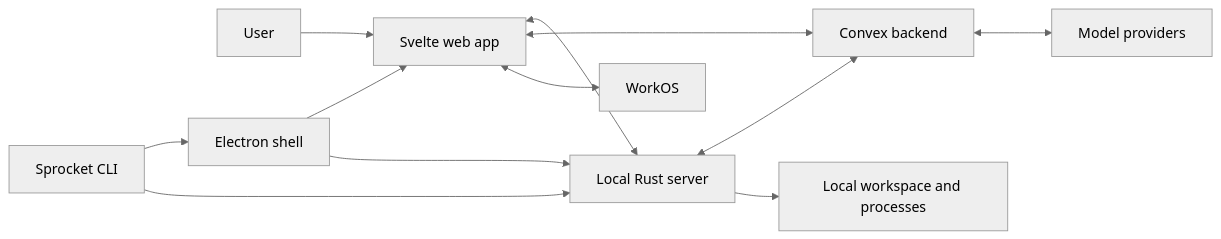
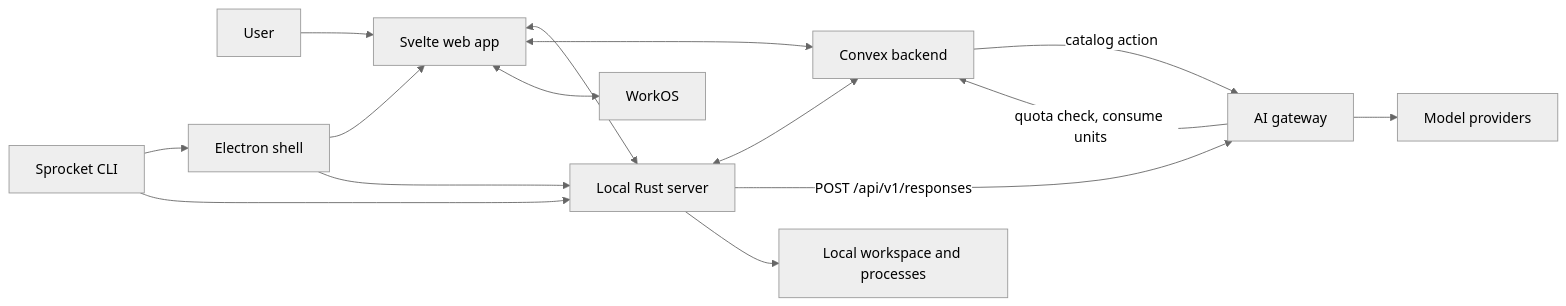
The first of 2 diagrams in ARCHITECTURE.md (spikonado/sprocket), drawn with Mermaid (neutral theme) before and after one commit. The commit also changed other lines of this file and 146 other files, not shown here.

First line of the commit message:
feat(agent): Keep transcripts local and complete through the AI gateway

````diff
--- a/ARCHITECTURE.md
+++ b/ARCHITECTURE.md
@@ -27,14 +27,17 @@
 ```mermaid
 flowchart LR
     User[User] --> Web[Svelte web app]
     CLI[Sprocket CLI] --> Desktop[Electron shell]
     Desktop --> Web
     CLI --> Local[Local Rust server]
     Desktop --> Local
     Web <--> Local
     Web <--> Convex[Convex backend]
     Local <--> Convex
-    Convex <--> Models[Model providers]
+    Convex -->|"catalog action"| Gateway[AI gateway]
+    Local -->|"POST /api/v1/responses"| Gateway
+    Gateway --> Providers[Model providers]
+    Gateway -->|"quota check, consume units"| Convex
     Web <--> Auth[WorkOS]
     Local --> Workspace[Local workspace and processes]
 ```
````
